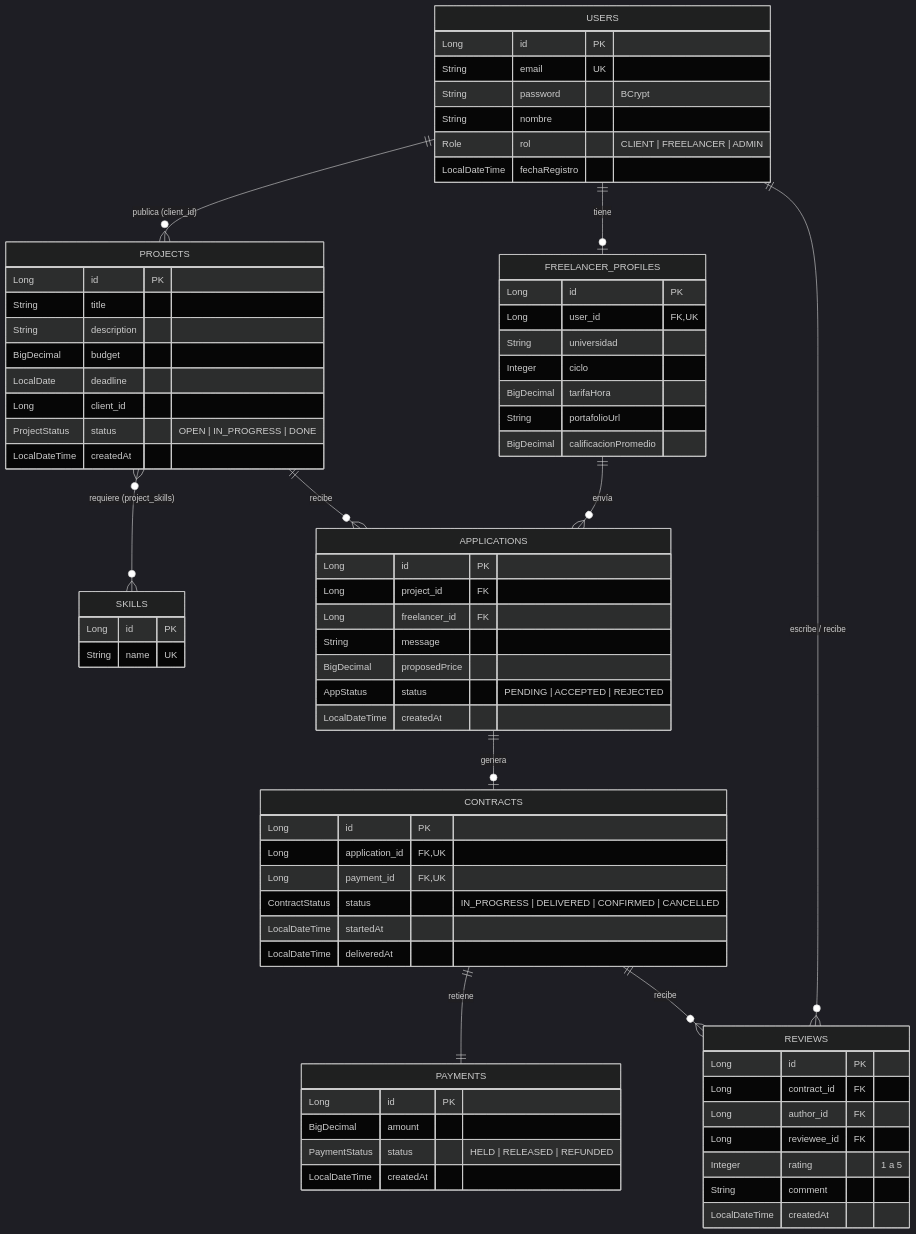
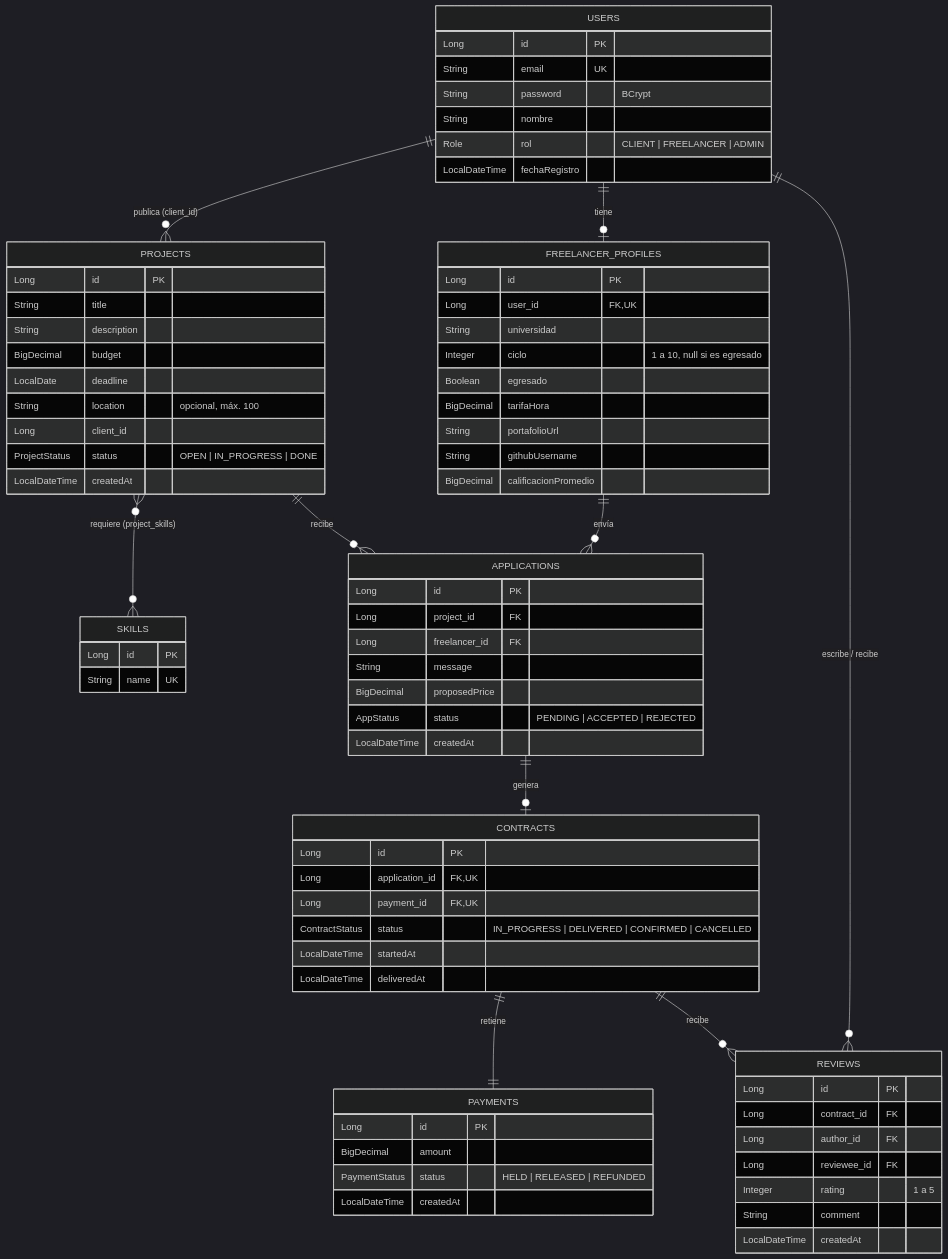
One commit to alissonbrena-dotcom/devutec-backend changed the diagram in README.md. Above: the diagram before and after it, drawn with Mermaid (dark theme). The commit also changed other lines of this file, not shown here.

Commit message:
Actualizar el modelo de entidades

````diff
--- a/README.md
+++ b/README.md
@@ -101,76 +101,79 @@
 ```mermaid
 erDiagram
     USERS ||--o| FREELANCER_PROFILES : "tiene"
     USERS ||--o{ PROJECTS : "publica (client_id)"
     PROJECTS }o--o{ SKILLS : "requiere (project_skills)"
     PROJECTS ||--o{ APPLICATIONS : "recibe"
     FREELANCER_PROFILES ||--o{ APPLICATIONS : "envía"
     APPLICATIONS ||--o| CONTRACTS : "genera"
     CONTRACTS ||--|| PAYMENTS : "retiene"
     CONTRACTS ||--o{ REVIEWS : "recibe"
     USERS ||--o{ REVIEWS : "escribe / recibe"
 
     USERS {
         Long id PK
         String email UK
         String password "BCrypt"
         String nombre
         Role rol "CLIENT | FREELANCER | ADMIN"
         LocalDateTime fechaRegistro
     }
     FREELANCER_PROFILES {
         Long id PK
         Long user_id FK, UK
         String universidad
-        Integer ciclo
+        Integer ciclo "1 a 10, null si es egresado"
+        Boolean egresado
         BigDecimal tarifaHora
         String portafolioUrl
+        String githubUsername
         BigDecimal calificacionPromedio
     }
     PROJECTS {
         Long id PK
         String title
         String description
         BigDecimal budget
         LocalDate deadline
+        String location "opcional, máx. 100"
         Long client_id
         ProjectStatus status "OPEN | IN_PROGRESS | DONE"
         LocalDateTime createdAt
     }
     SKILLS {
         Long id PK
         String name UK
     }
     APPLICATIONS {
         Long id PK
         Long project_id FK
         Long freelancer_id FK
         String message
         BigDecimal proposedPrice
         AppStatus status "PENDING | ACCEPTED | REJECTED"
         LocalDateTime createdAt
     }
     CONTRACTS {
         Long id PK
         Long application_id FK, UK
         Long payment_id FK, UK
         ContractStatus status "IN_PROGRESS | DELIVERED | CONFIRMED | CANCELLED"
         LocalDateTime startedAt
         LocalDateTime deliveredAt
     }
     PAYMENTS {
         Long id PK
         BigDecimal amount
         PaymentStatus status "HELD | RELEASED | REFUNDED"
         LocalDateTime createdAt
     }
     REVIEWS {
         Long id PK
         Long contract_id FK
         Long author_id FK
         Long reviewee_id FK
         Integer rating "1 a 5"
         String comment
         LocalDateTime createdAt
     }
 ```
````
